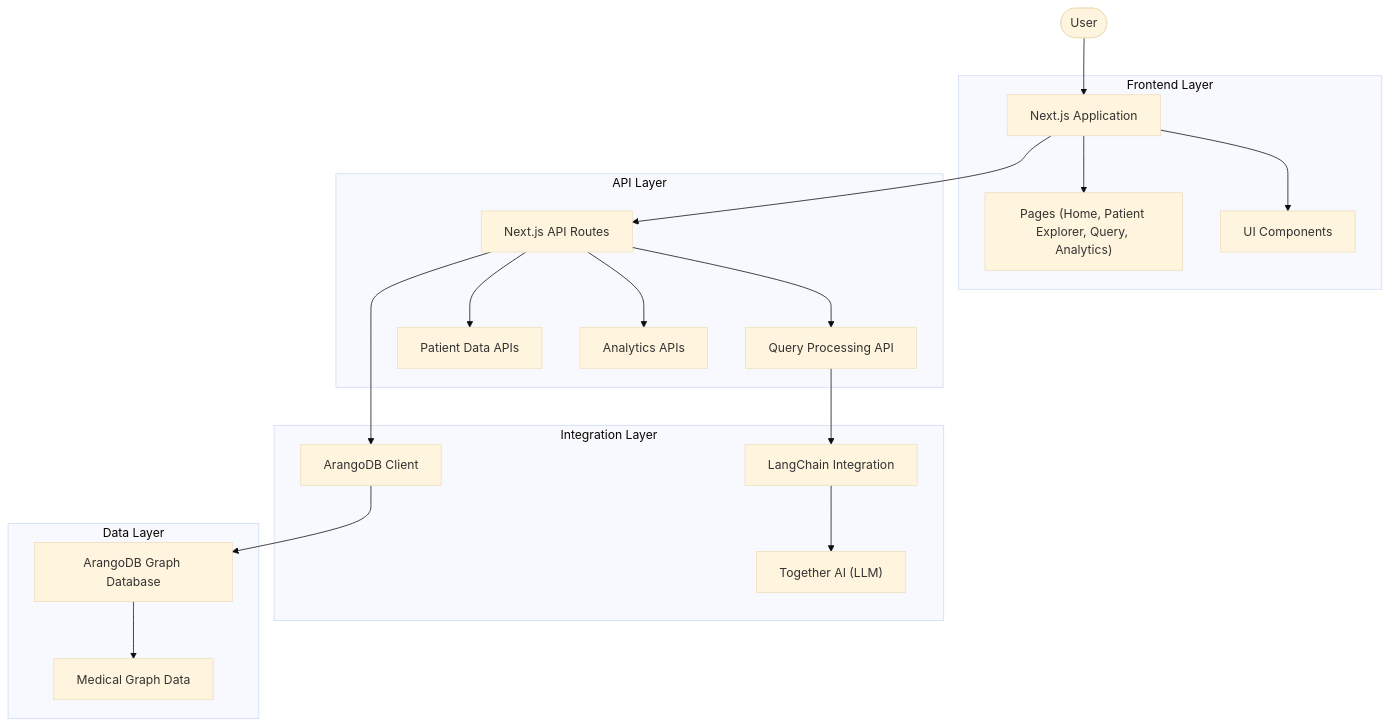
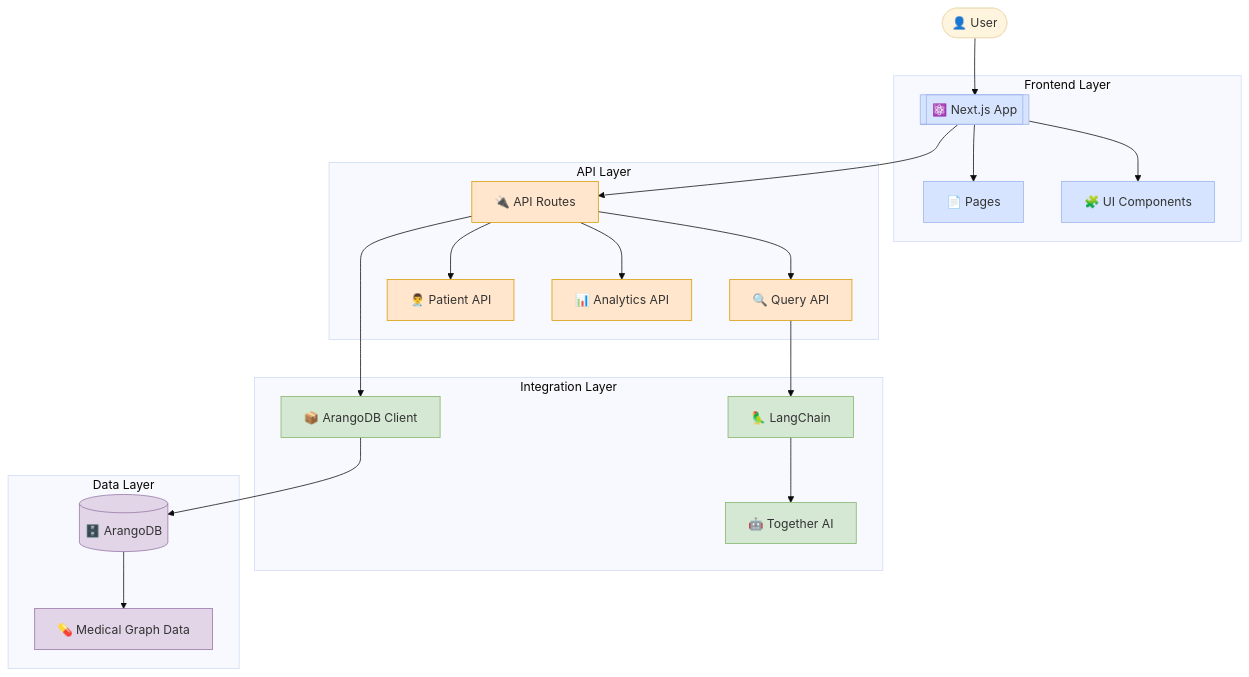
The diagram in README.md (ajitonelsonn/medgraph-navigator), drawn with Mermaid (base theme) before and after one commit.

````diff
--- a/README.md
+++ b/README.md
@@ -53,27 +53,37 @@
 ```mermaid
 graph TB
-    User([User]) --> NextApp["Next.js Application"]
-
+    User([👤 User]) --> NextApp[["⚛️ Next.js App"]]
+    
     subgraph "Frontend Layer"
-        NextApp --> Pages["Pages (Home, Patient Explorer, Query, Analytics)"]
-        NextApp --> Components["UI Components"]
+        NextApp --> Pages["📄 Pages"]
+        NextApp --> Components["🧩 UI Components"]
+    end
+    
+    subgraph "API Layer"
+        NextApp --> APIRoutes["🔌 API Routes"]
+        APIRoutes --> QueryAPI["🔍 Query API"]
+        APIRoutes --> PatientAPI["👨‍⚕️ Patient API"]
+        APIRoutes --> AnalyticsAPI["📊 Analytics API"]
+    end
+    
+    subgraph "Integration Layer"
+        QueryAPI --> LangChain["🦜️ LangChain"]
+        LangChain --> TogetherAI["🤖 Together AI"]
+        APIRoutes --> ArangoClient["📦 ArangoDB Client"]
+    end
+    
+    subgraph "Data Layer"
+        ArangoClient --> ArangoDB[("🗄️ ArangoDB")]
+        ArangoDB --> MedicalData["💊 Medical Graph Data"]
     end
 
-    subgraph "API Layer"
-        NextApp --> APIRoutes["Next.js API Routes"]
-        APIRoutes --> QueryAPI["Query Processing API"]
-        APIRoutes --> PatientAPI["Patient Data APIs"]
-        APIRoutes --> AnalyticsAPI["Analytics APIs"]
-    end
+    classDef frontend fill:#d6e4ff,stroke:#9cb2eb,stroke-width:1px;
+    classDef api fill:#ffe6cc,stroke:#d79b00,stroke-width:1px;
+    classDef integration fill:#d5e8d4,stroke:#82b366,stroke-width:1px;
+    classDef database fill:#e1d5e7,stroke:#9673a6,stroke-width:1px;
 
-    subgraph "Integration Layer"
-        QueryAPI --> LangChain["LangChain Integration"]
-        LangChain --> TogetherAI["Together AI (LLM)"]
-        APIRoutes --> ArangoClient["ArangoDB Client"]
-    end
-
-    subgraph "Data Layer"
-        ArangoClient --> ArangoDB["ArangoDB Graph Database"]
-        ArangoDB --> MedicalData["Medical Graph Data"]
-    end
+    class Pages,Components,NextApp frontend;
+    class APIRoutes,QueryAPI,PatientAPI,AnalyticsAPI api;
+    class LangChain,TogetherAI,ArangoClient integration;
+    class ArangoDB,MedicalData database;
 ```
````
